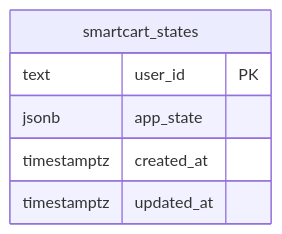
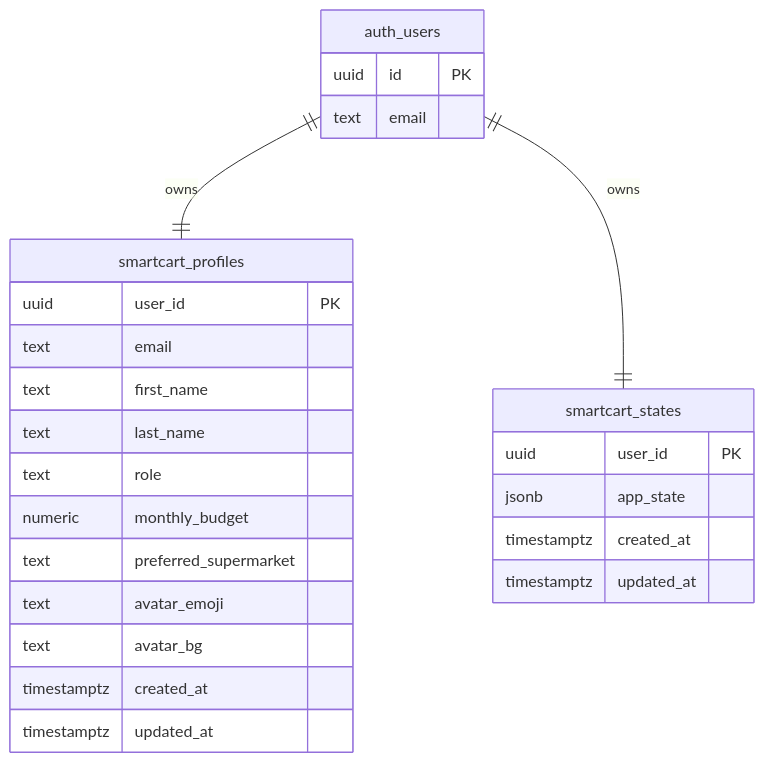
One commit to mimi5588/smartcart-project changed the diagram in SUPABASE_ERD.md. Above: the diagram before and after it, drawn with Mermaid. The commit also changed other lines of this file and 4 other files, not shown here.

````diff
--- a/SUPABASE_ERD.md
+++ b/SUPABASE_ERD.md
@@ -5,9 +5,31 @@
 ```mermaid
 erDiagram
+  auth_users ||--|| smartcart_profiles : owns
+  auth_users ||--|| smartcart_states : owns
+
+  auth_users {
+    uuid id PK
+    text email
+  }
+
+  smartcart_profiles {
+    uuid user_id PK
+    text email
+    text first_name
+    text last_name
+    text role
+    numeric monthly_budget
+    text preferred_supermarket
+    text avatar_emoji
+    text avatar_bg
+    timestamptz created_at
+    timestamptz updated_at
+  }
+
   smartcart_states {
-    text user_id PK
+    uuid user_id PK
     jsonb app_state
     timestamptz created_at
     timestamptz updated_at
   }
 ```
````
